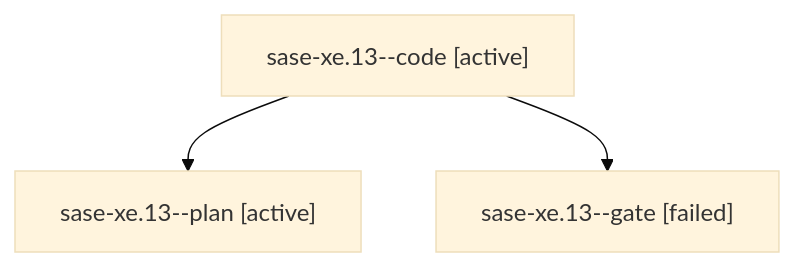
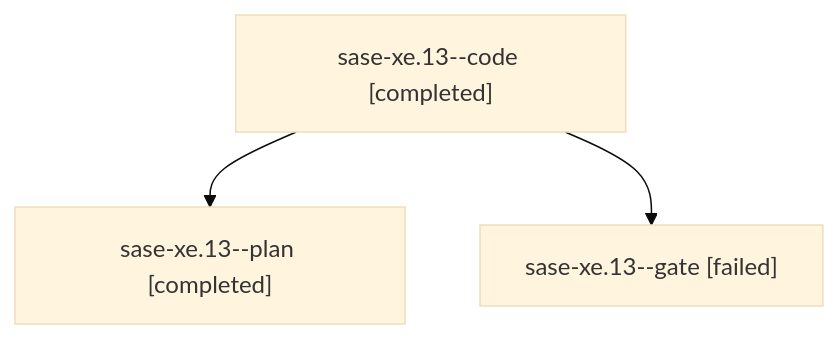
One commit to sase-org/sase--agents changed the diagram in families/bbugyi200.athena.sase-xe.13.md. Above: the diagram before and after it, drawn with Mermaid (base theme). The commit also changed other lines of this file and 562 other files, not shown here.

````diff
--- a/families/bbugyi200.athena.sase-xe.13.md
+++ b/families/bbugyi200.athena.sase-xe.13.md
@@ -9,8 +9,8 @@
 ```mermaid
 flowchart TD
-  n0["sase-xe.13--code [active]"]
-  n1["sase-xe.13--plan [active]"]
+  n0["sase-xe.13--code [completed]"]
+  n1["sase-xe.13--plan [completed]"]
   n0 --> n1
   n2["sase-xe.13--gate [failed]"]
   n0 --> n2
 ```
````
